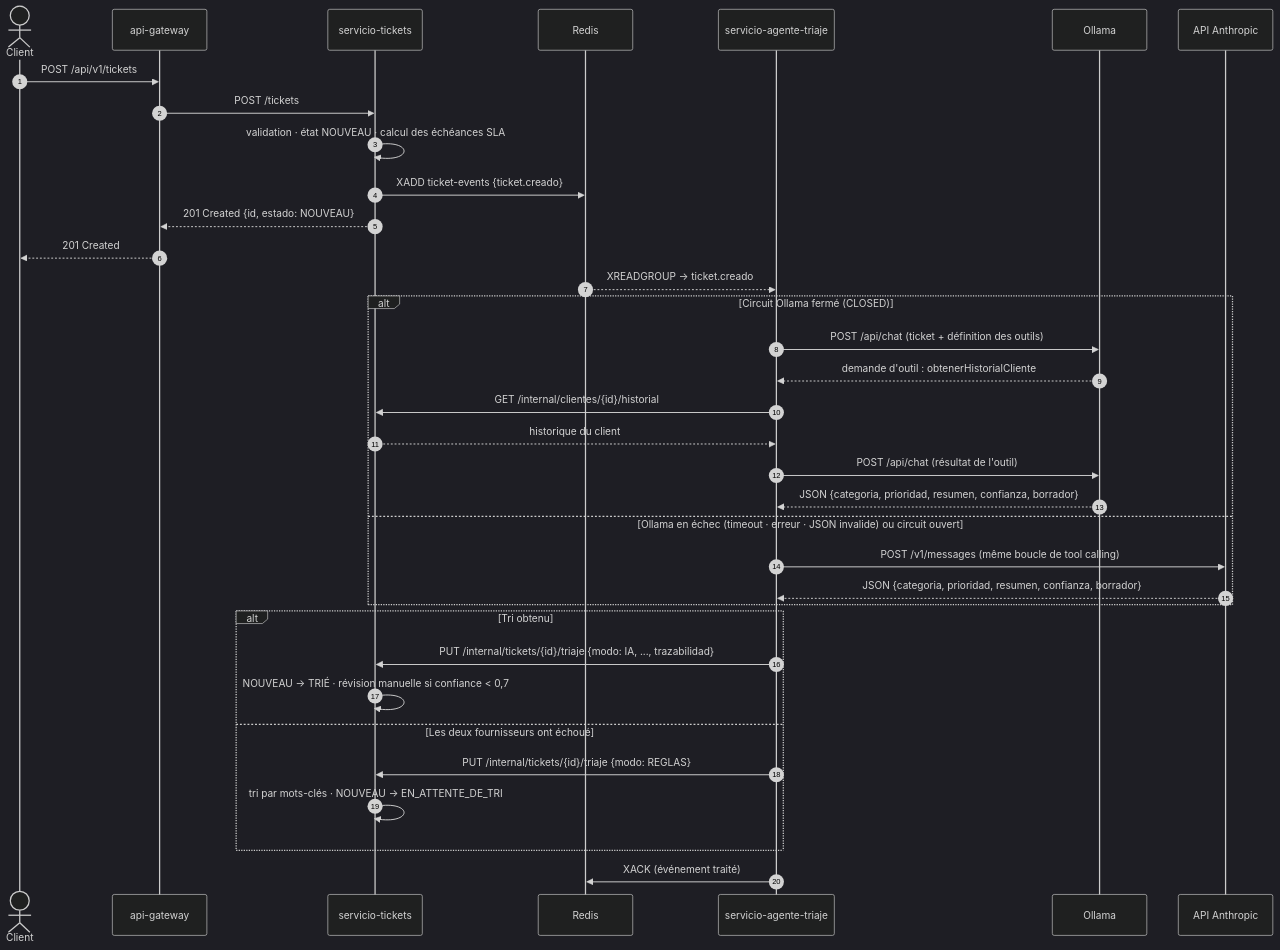
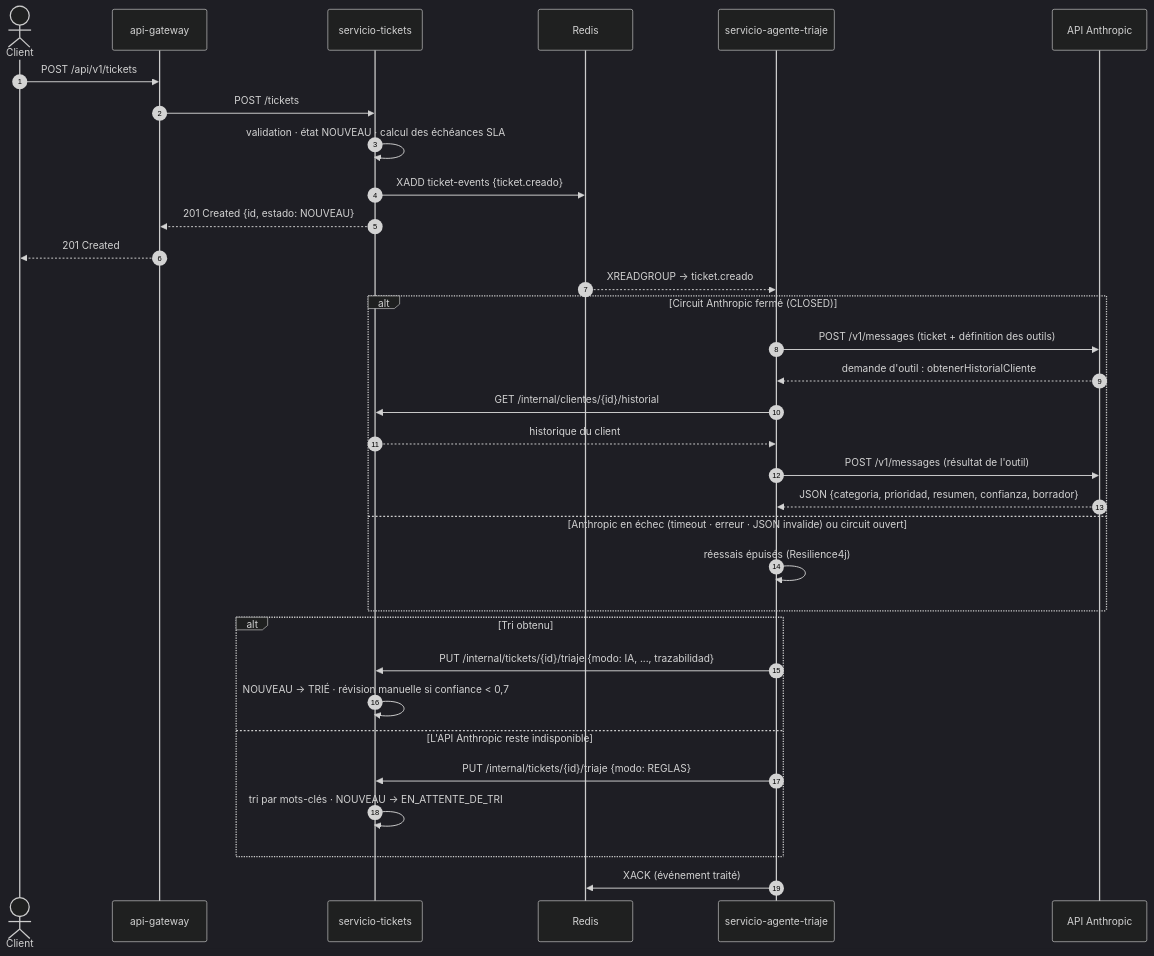
One commit to elgmouad/triage-agentics changed the fourth of 4 diagrams in README.md. Above: the diagram before and after it, drawn with Mermaid (dark theme). The commit also changed other lines of this file and 8 other files, not shown here.

````diff
--- a/README.md
+++ b/README.md
@@ -375,40 +372,38 @@
 ```mermaid
 sequenceDiagram
     autonumber
     actor C as Client
     participant GW as api-gateway
     participant TK as servicio-tickets
     participant RD as Redis
     participant AG as servicio-agente-triaje
-    participant OL as Ollama
     participant AN as API Anthropic
 
     C->>GW: POST /api/v1/tickets
     GW->>TK: POST /tickets
     TK->>TK: validation · état NOUVEAU · calcul des échéances SLA
     TK->>RD: XADD ticket-events {ticket.creado}
     TK-->>GW: 201 Created {id, estado: NOUVEAU}
     GW-->>C: 201 Created
 
     RD-->>AG: XREADGROUP → ticket.creado
-    alt Circuit Ollama fermé (CLOSED)
-        AG->>OL: POST /api/chat (ticket + définition des outils)
-        OL-->>AG: demande d'outil : obtenerHistorialCliente
+    alt Circuit Anthropic fermé (CLOSED)
+        AG->>AN: POST /v1/messages (ticket + définition des outils)
+        AN-->>AG: demande d'outil : obtenerHistorialCliente
         AG->>TK: GET /internal/clientes/{id}/historial
         TK-->>AG: historique du client
-        AG->>OL: POST /api/chat (résultat de l'outil)
-        OL-->>AG: JSON {categoria, prioridad, resumen, confianza, borrador}
-    else Ollama en échec (timeout · erreur · JSON invalide) ou circuit ouvert
-        AG->>AN: POST /v1/messages (même boucle de tool calling)
+        AG->>AN: POST /v1/messages (résultat de l'outil)
         AN-->>AG: JSON {categoria, prioridad, resumen, confianza, borrador}
+    else Anthropic en échec (timeout · erreur · JSON invalide) ou circuit ouvert
+        AG->>AG: réessais épuisés (Resilience4j)
     end
 
     alt Tri obtenu
         AG->>TK: PUT /internal/tickets/{id}/triaje {modo: IA, ..., trazabilidad}
         TK->>TK: NOUVEAU → TRIÉ · révision manuelle si confiance < 0,7
-    else Les deux fournisseurs ont échoué
+    else L'API Anthropic reste indisponible
         AG->>TK: PUT /internal/tickets/{id}/triaje {modo: REGLAS}
         TK->>TK: tri par mots-clés · NOUVEAU → EN_ATTENTE_DE_TRI
     end
     AG->>RD: XACK (événement traité)
 ```
````
